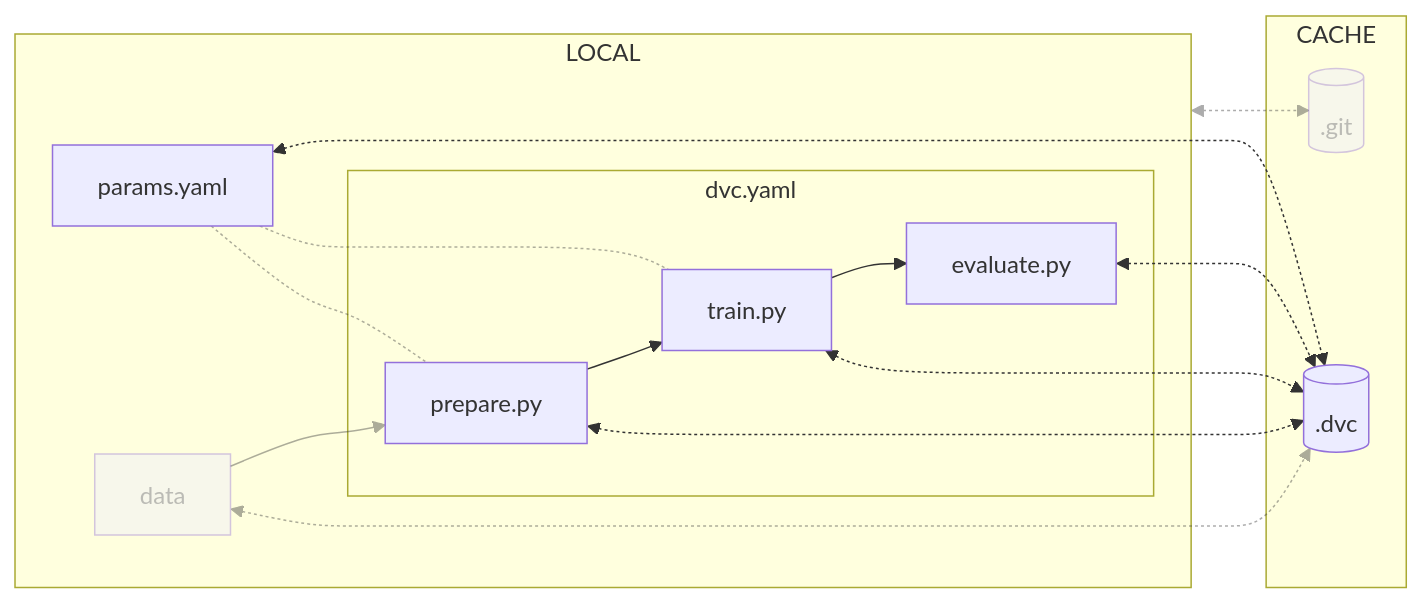
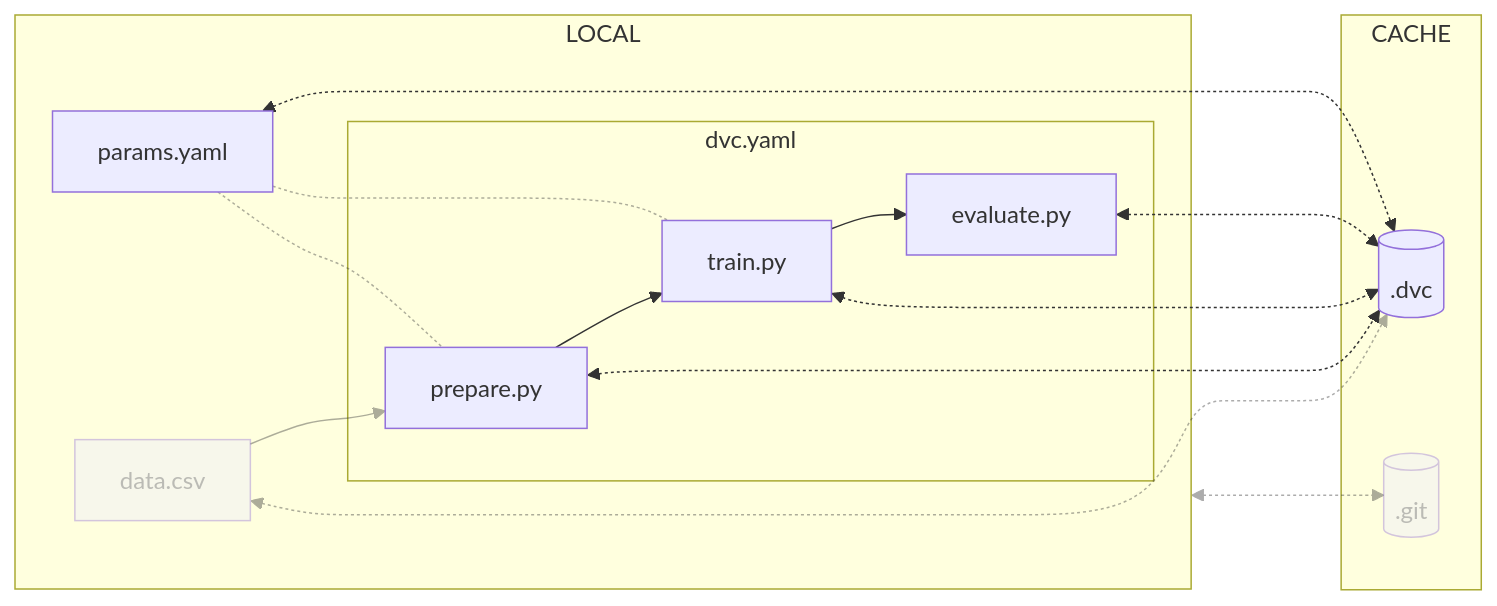
The diagram in docs/part-1-local-training-and-model-evaluation/chapter-4-reproduce-the-ml-experiment-with-dvc/index.md (swiss-ai-center/a-guide-to-mlops), drawn with Mermaid before and after one commit. The commit also changed 9 other files, not shown here.

Commit message:
Rename mermaid vars

````diff
--- a/docs/part-1-local-training-and-model-evaluation/chapter-4-reproduce-the-ml-experiment-with-dvc/index.md
+++ b/docs/part-1-local-training-and-model-evaluation/chapter-4-reproduce-the-ml-experiment-with-dvc/index.md
@@ -27,31 +27,31 @@
 ```mermaid
 flowchart LR
-	789994[(".dvc")]
-	429113[(".git")]
-	980408["data"] <-.-> 789994
-    356399 <-....-> 429113
-	subgraph 438901["CACHE"]
-		789994
-		429113
+	dot_dvc[(.dvc)]
+	dot_git[(.git)]
+	data[data.csv] <-.-> dot_dvc
+    localGraph <-....-> dot_git
+	subgraph cacheGraph[CACHE]
+		dot_dvc
+		dot_git
 	end
-	subgraph 356399["LOCAL"]
-		672354["prepare.py"] <-.-> 789994
-		347464["train.py"] <-.-> 789994
-		964259["evaluate.py"] <-.-> 789994
-		980408 --> 672354
-		subgraph 695374["dvc.yaml"]
-			672354 --> 347464
-			347464 --> 964259
+	subgraph localGraph[LOCAL]
+		prepare[prepare.py] <-.-> dot_dvc
+		train[train.py] <-.-> dot_dvc
+		evaluate[evaluate.py] <-.-> dot_dvc
+		data --> prepare
+		subgraph dvcGraph[dvc.yaml]
+			prepare --> train
+			train --> evaluate
 		end
-        238472["params.yaml"] -.- 672354
-        238472 -.- 347464
-        238472 <-.-> 789994
+        params[params.yaml] -.- prepare
+        params -.- train
+        params <-.-> dot_dvc
 	end
-    style 980408 opacity:0.4,color:#7f7f7f80
-    style 429113 opacity:0.4,color:#7f7f7f80
+    style dot_git opacity:0.4,color:#7f7f7f80
+    style data opacity:0.4,color:#7f7f7f80
     linkStyle 0 opacity:0.4,color:#7f7f7f80
     linkStyle 1 opacity:0.4,color:#7f7f7f80
     linkStyle 5 opacity:0.4,color:#7f7f7f80
     linkStyle 8 opacity:0.4,color:#7f7f7f80
     linkStyle 9 opacity:0.4,color:#7f7f7f80
 ```
````
